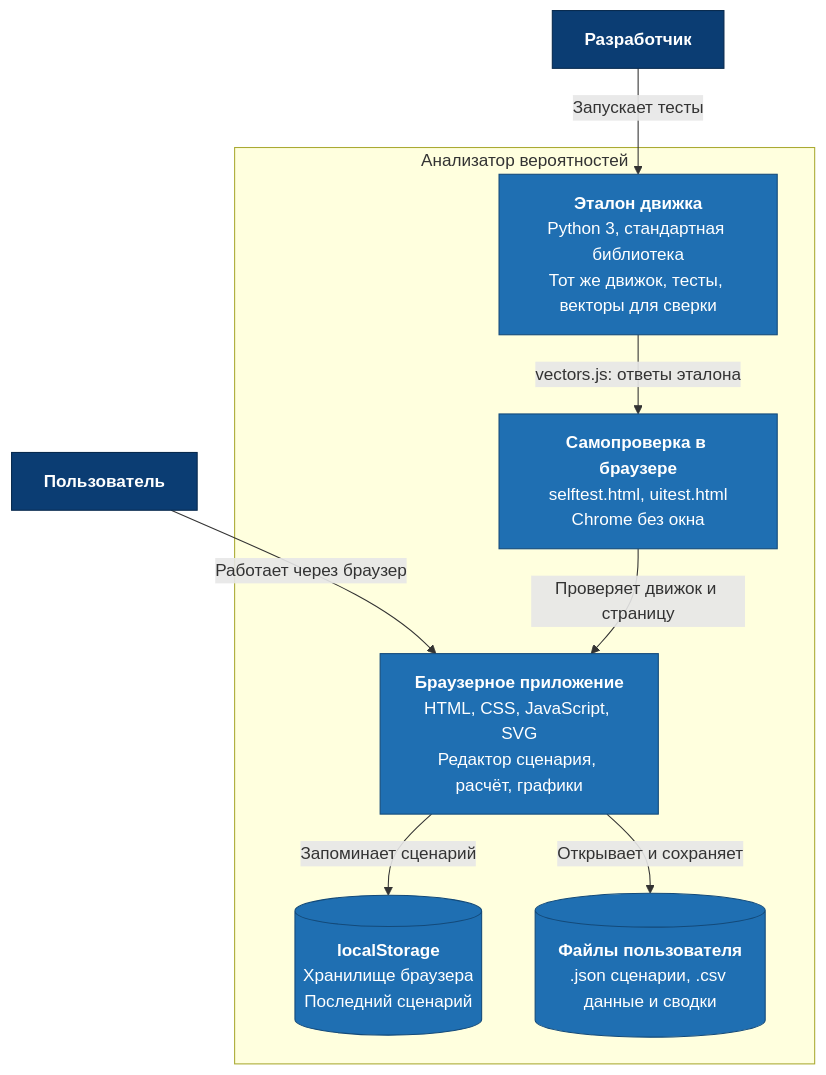
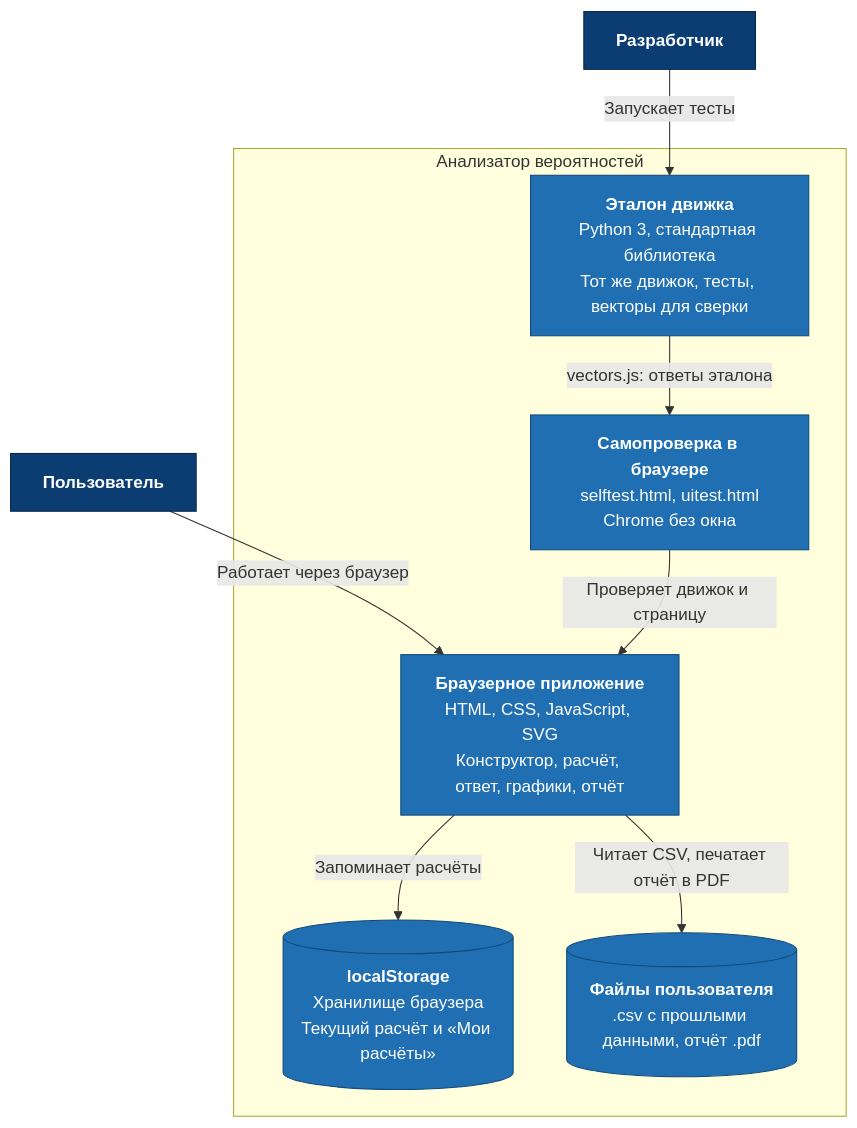
Before and after one commit to maksim-121/probability-analyzer: the second of 3 diagrams in docs/архитектура.md, drawn with Mermaid. The commit also changed other lines of this file and 12 other files, not shown here.

````diff
--- a/docs/архитектура.md
+++ b/docs/архитектура.md
@@ -32,25 +32,25 @@
 ```mermaid
 flowchart TB
     user["<b>Пользователь</b>"]
     dev["<b>Разработчик</b>"]
 
     subgraph system["Анализатор вероятностей"]
-        web["<b>Браузерное приложение</b><br/>HTML, CSS, JavaScript, SVG<br/>Редактор сценария, расчёт, графики"]
-        store[("<b>localStorage</b><br/>Хранилище браузера<br/>Последний сценарий")]
-        files[("<b>Файлы пользователя</b><br/>.json сценарии, .csv данные и сводки")]
+        web["<b>Браузерное приложение</b><br/>HTML, CSS, JavaScript, SVG<br/>Конструктор, расчёт, ответ, графики, отчёт"]
+        store[("<b>localStorage</b><br/>Хранилище браузера<br/>Текущий расчёт и «Мои расчёты»")]
+        files[("<b>Файлы пользователя</b><br/>.csv с прошлыми данными, отчёт .pdf")]
         ref["<b>Эталон движка</b><br/>Python 3, стандартная библиотека<br/>Тот же движок, тесты, векторы для сверки"]
         tests["<b>Самопроверка в браузере</b><br/>selftest.html, uitest.html<br/>Chrome без окна"]
     end
 
     user -->|"Работает через браузер"| web
-    web -->|"Запоминает сценарий"| store
-    web -->|"Открывает и сохраняет"| files
+    web -->|"Запоминает расчёты"| store
+    web -->|"Читает CSV, печатает отчёт в PDF"| files
     dev -->|"Запускает тесты"| ref
     ref -->|"vectors.js: ответы эталона"| tests
     tests -->|"Проверяет движок и страницу"| web
 
     classDef person fill:#0b3d73,stroke:#07294d,color:#ffffff
     classDef container fill:#1f6fb2,stroke:#134a7a,color:#ffffff
     class user,dev person
     class web,store,files,ref,tests container
 ```
````
